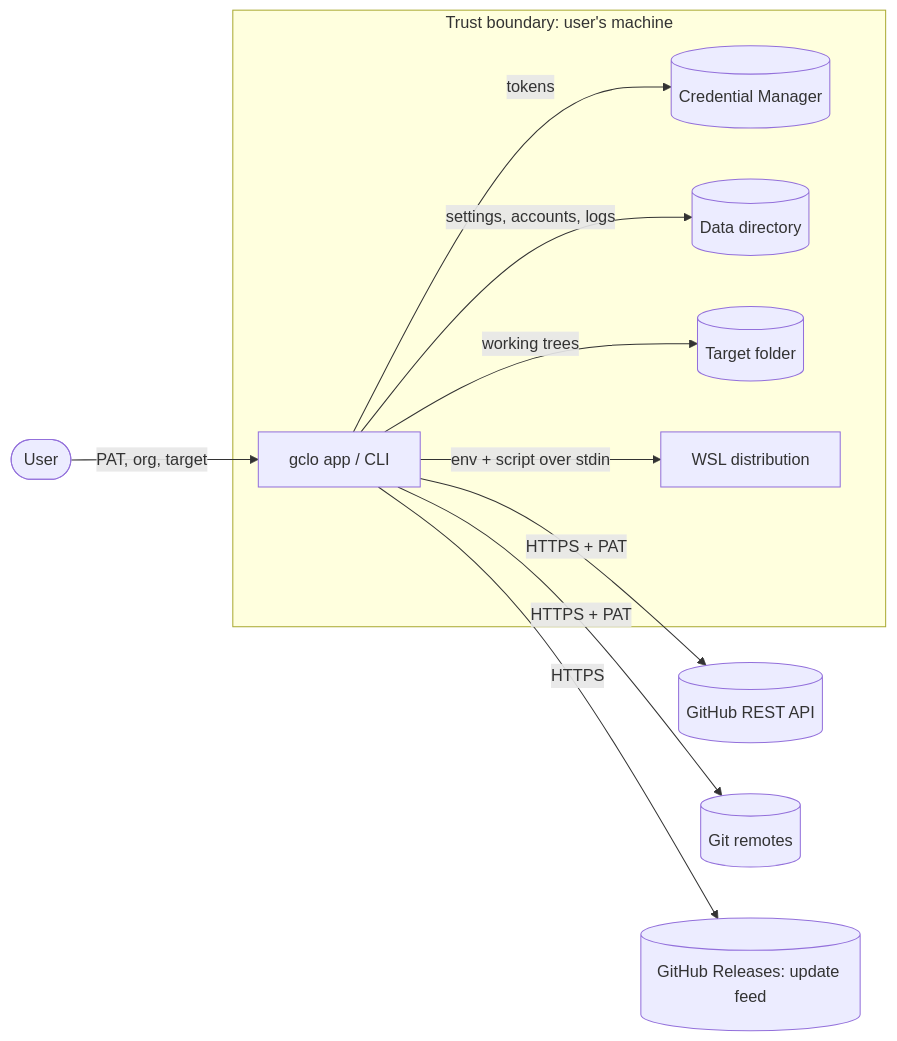
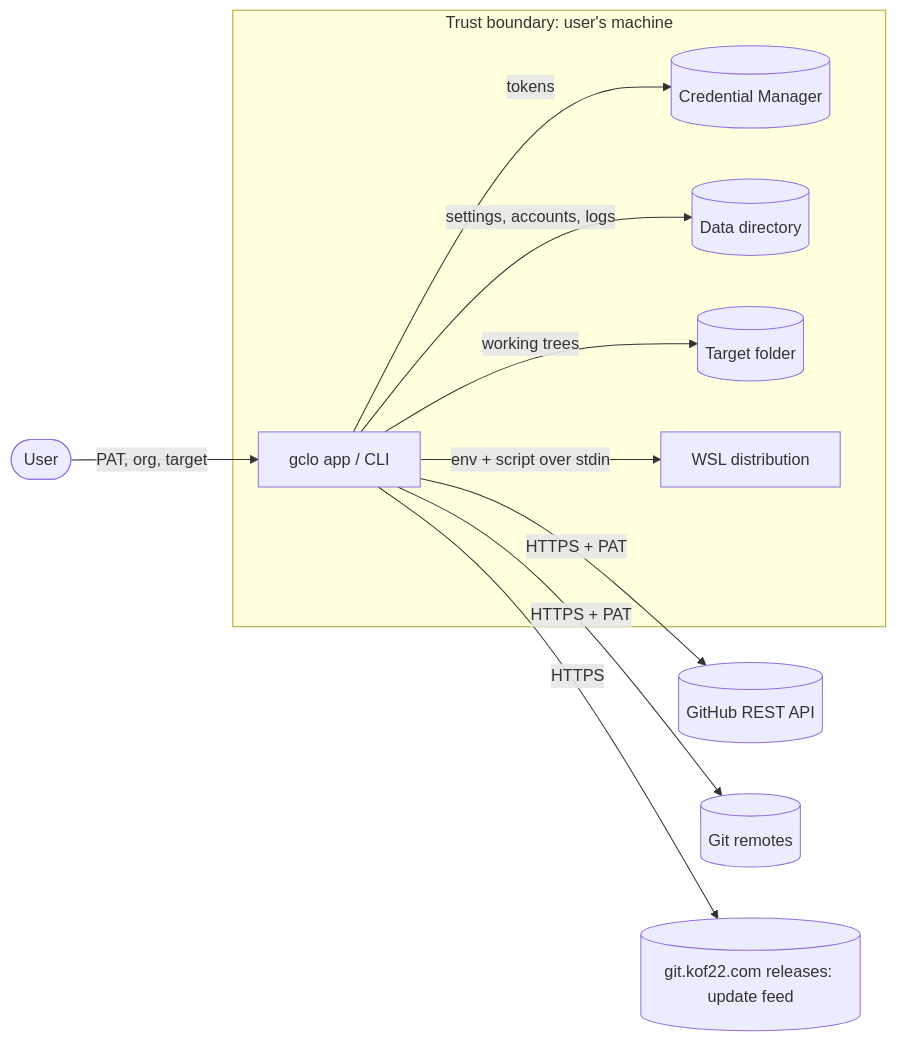
One commit to KofTwentyTwo/gclo changed the diagram in docs/security/threat-model.md. Above: the diagram before and after it, drawn with Mermaid. The commit also changed other lines of this file and 12 other files, not shown here.

First line of the commit message:
feat(update): updates and release downloads come from git.kof22.com (#171)

````diff
--- a/docs/security/threat-model.md
+++ b/docs/security/threat-model.md
@@ -37,18 +37,18 @@
 ```mermaid
 flowchart LR
     user([User]) -->|PAT, org, target| app[gclo app / CLI]
     app -- HTTPS + PAT --> api[(GitHub REST API)]
     app -- HTTPS + PAT --> git[(Git remotes)]
     app -->|tokens| cred[(Credential Manager)]
     app -->|settings, accounts, logs| data[(Data directory)]
     app -->|working trees| target[(Target folder)]
     app -->|env + script over stdin| wsl[WSL distribution]
-    app -- HTTPS --> feed[(GitHub Releases: update feed)]
+    app -- HTTPS --> feed[(git.kof22.com releases: update feed)]
     subgraph machine [Trust boundary: user's machine]
         app
         cred
         data
         target
         wsl
     end
 ```
````
